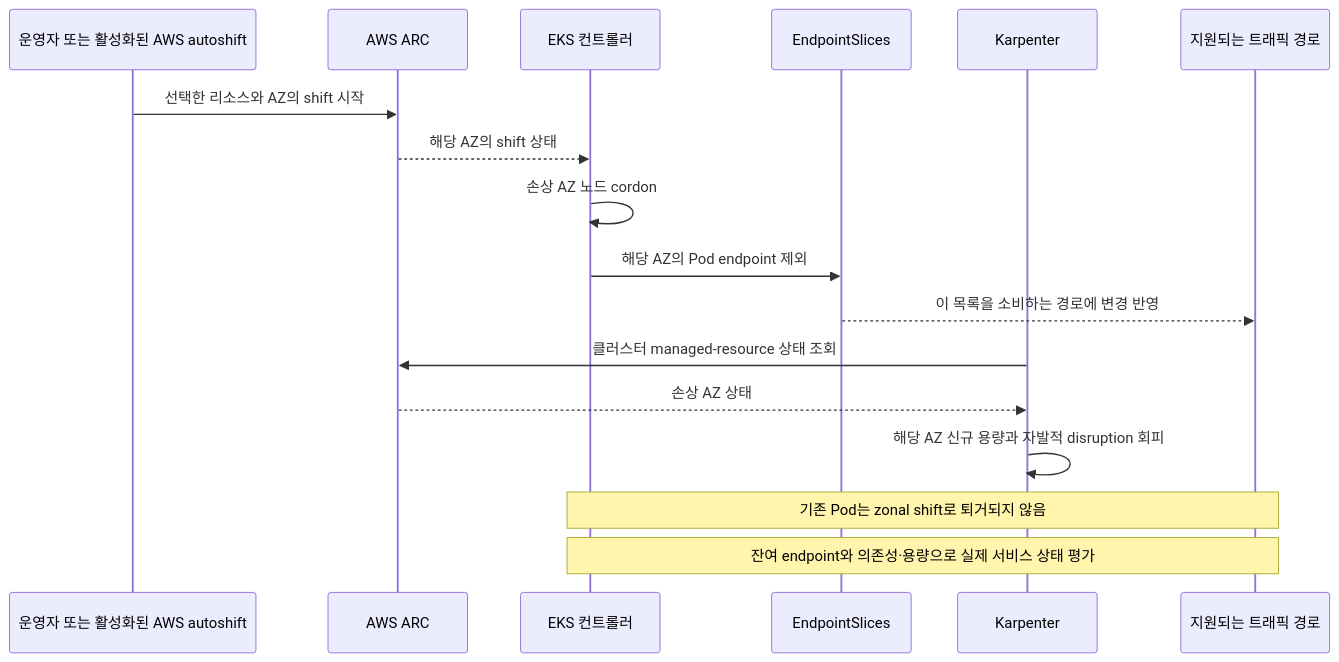
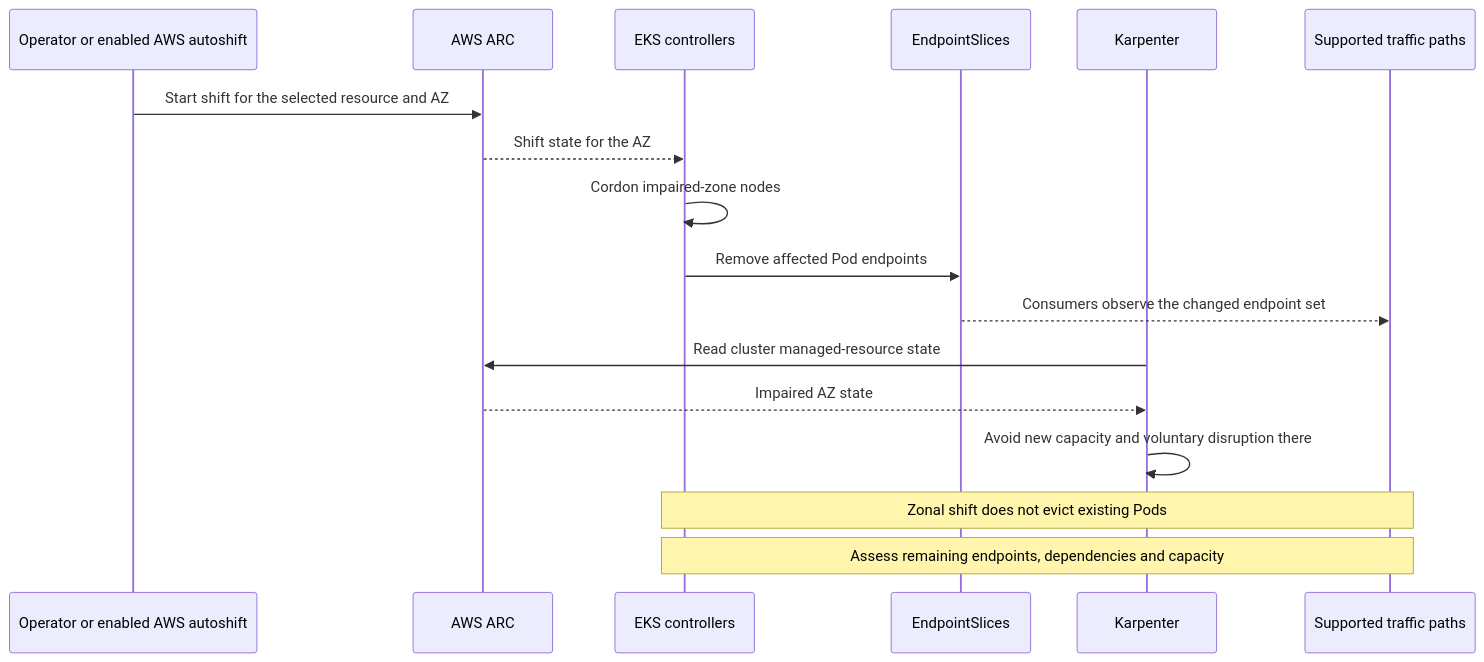
Before and after one commit to devfloor9/engineering-playbook: the ninth of 12 diagrams in docs/eks-best-practices/operations-reliability/eks-pod-scheduling-availability.md, drawn with Mermaid. The commit also changed other lines of this file and 954 other files, not shown here.

````diff
--- a/docs/eks-best-practices/operations-reliability/eks-pod-scheduling-availability.md
+++ b/docs/eks-best-practices/operations-reliability/eks-pod-scheduling-availability.md
@@ -4413,20 +4420,20 @@
 ```mermaid
 sequenceDiagram
-    participant Trigger as 운영자 또는 활성화된 AWS autoshift
+    participant Trigger as Operator or enabled AWS autoshift
     participant ARC as AWS ARC
-    participant EKS as EKS 컨트롤러
+    participant EKS as EKS controllers
     participant Endpoints as EndpointSlices
     participant Karpenter
-    participant Clients as 지원되는 트래픽 경로
+    participant Clients as Supported traffic paths
 
-    Trigger->>ARC: 선택한 리소스와 AZ의 shift 시작
-    ARC-->>EKS: 해당 AZ의 shift 상태
-    EKS->>EKS: 손상 AZ 노드 cordon
-    EKS->>Endpoints: 해당 AZ의 Pod endpoint 제외
-    Endpoints-->>Clients: 이 목록을 소비하는 경로에 변경 반영
-    Karpenter->>ARC: 클러스터 managed-resource 상태 조회
-    ARC-->>Karpenter: 손상 AZ 상태
-    Karpenter->>Karpenter: 해당 AZ 신규 용량과 자발적 disruption 회피
-    Note over EKS,Clients: 기존 Pod는 zonal shift로 퇴거되지 않음
-    Note over EKS,Clients: 잔여 endpoint와 의존성·용량으로 실제 서비스 상태 평가
+    Trigger->>ARC: Start shift for the selected resource and AZ
+    ARC-->>EKS: Shift state for the AZ
+    EKS->>EKS: Cordon impaired-zone nodes
+    EKS->>Endpoints: Remove affected Pod endpoints
+    Endpoints-->>Clients: Consumers observe the changed endpoint set
+    Karpenter->>ARC: Read cluster managed-resource state
+    ARC-->>Karpenter: Impaired AZ state
+    Karpenter->>Karpenter: Avoid new capacity and voluntary disruption there
+    Note over EKS,Clients: Zonal shift does not evict existing Pods
+    Note over EKS,Clients: Assess remaining endpoints, dependencies and capacity
 ```
````
